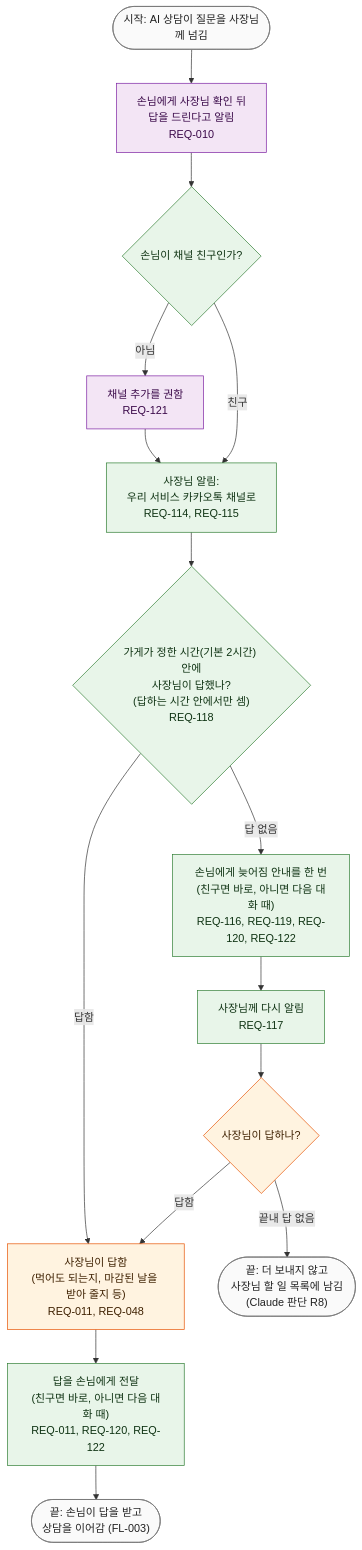
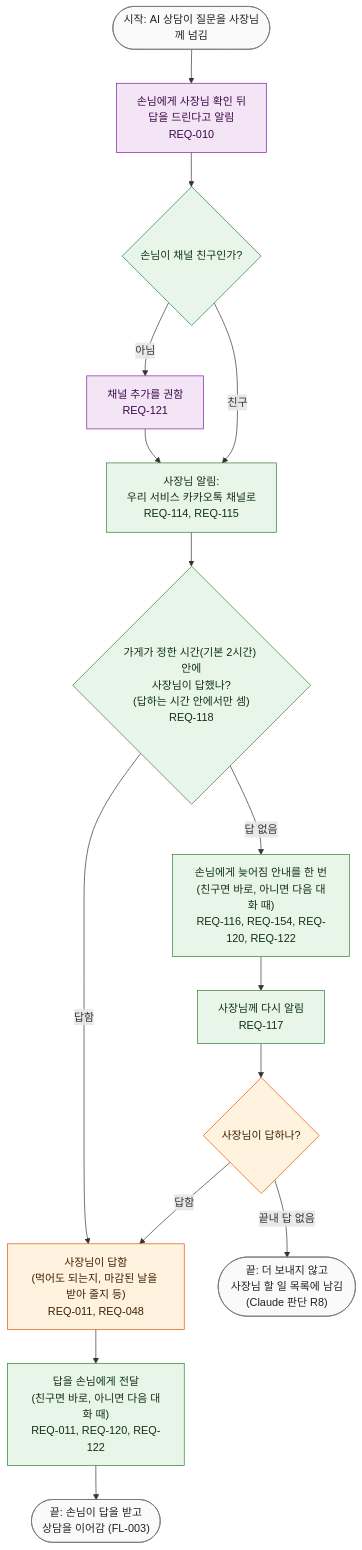
The diagram in docs/03-user-flow/FL-005-handed-off-question.md (kodonghui/siljang.ai), drawn with Mermaid before and after one commit. The commit also changed other lines of this file and 17 other files, not shown here.

First line of the commit message:
docs(flow): 03단계 확정을 반영하고 요구사항 2판을 더함

````diff
--- a/docs/03-user-flow/FL-005-handed-off-question.md
+++ b/docs/03-user-flow/FL-005-handed-off-question.md
@@ -20,35 +20,35 @@
 ```mermaid
 flowchart TD
   S(["시작: AI 상담이 질문을 사장님께 넘김"])
   H1["손님에게 사장님 확인 뒤<br/>답을 드린다고 알림<br/>REQ-010"]
   D1{"손님이 채널 친구인가?"}
   H2["채널 추가를 권함<br/>REQ-121"]
   H3["사장님 알림:<br/>우리 서비스 카카오톡 채널로<br/>REQ-114, REQ-115"]
   D2{"가게가 정한 시간(기본 2시간) 안에<br/>사장님이 답했나?<br/>(답하는 시간 안에서만 셈)<br/>REQ-118"}
-  H4["손님에게 늦어짐 안내를 한 번<br/>(친구면 바로, 아니면 다음 대화 때)<br/>REQ-116, REQ-119, REQ-120, REQ-122"]
+  H4["손님에게 늦어짐 안내를 한 번<br/>(친구면 바로, 아니면 다음 대화 때)<br/>REQ-116, REQ-154, REQ-120, REQ-122"]
   H5["사장님께 다시 알림<br/>REQ-117"]
   D3{"사장님이 답하나?"}
   E0(["끝: 더 보내지 않고<br/>사장님 할 일 목록에 남김<br/>(Claude 판단 R8)"])
   H6["사장님이 답함<br/>(먹어도 되는지, 마감된 날을 받아 줄지 등)<br/>REQ-011, REQ-048"]
   H7["답을 손님에게 전달<br/>(친구면 바로, 아니면 다음 대화 때)<br/>REQ-011, REQ-120, REQ-122"]
   E1(["끝: 손님이 답을 받고<br/>상담을 이어감 (FL-003)"])
 
   S --> H1 --> D1
   D1 -->|"아님"| H2 --> H3
   D1 -->|"친구"| H3
   H3 --> D2
   D2 -->|"답함"| H6
   D2 -->|"답 없음"| H4 --> H5 --> D3
   D3 -->|"답함"| H6
   D3 -->|"끝내 답 없음"| E0
   H6 --> H7 --> E1
 
   classDef owner fill:#fff3e0,stroke:#e65100,color:#3e2000
   classDef ai fill:#f3e5f5,stroke:#7b1fa2,color:#3b0a4a
   classDef svc fill:#e8f5e9,stroke:#2e7d32,color:#0f3313
   classDef term fill:#fafafa,stroke:#757575,color:#212121
   class D3,H6 owner
   class H1,H2 ai
   class D1,H3,D2,H4,H5,H7 svc
   class S,E0,E1 term
 ```
````
